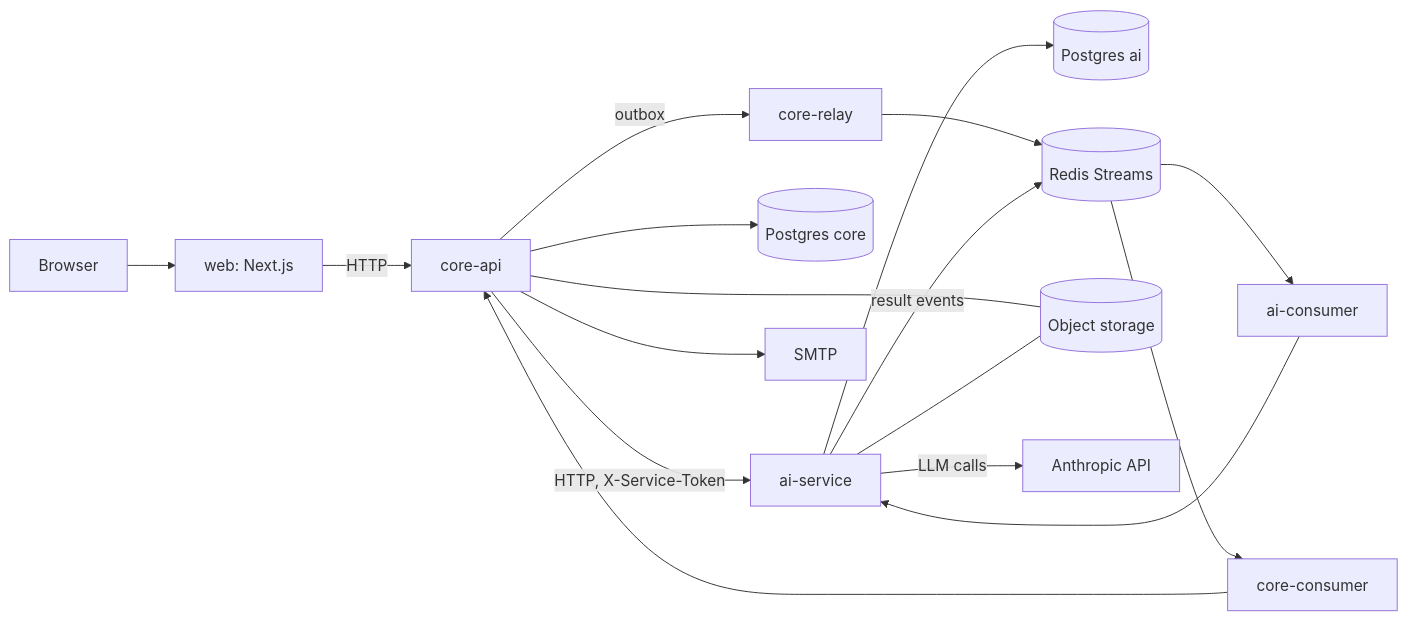
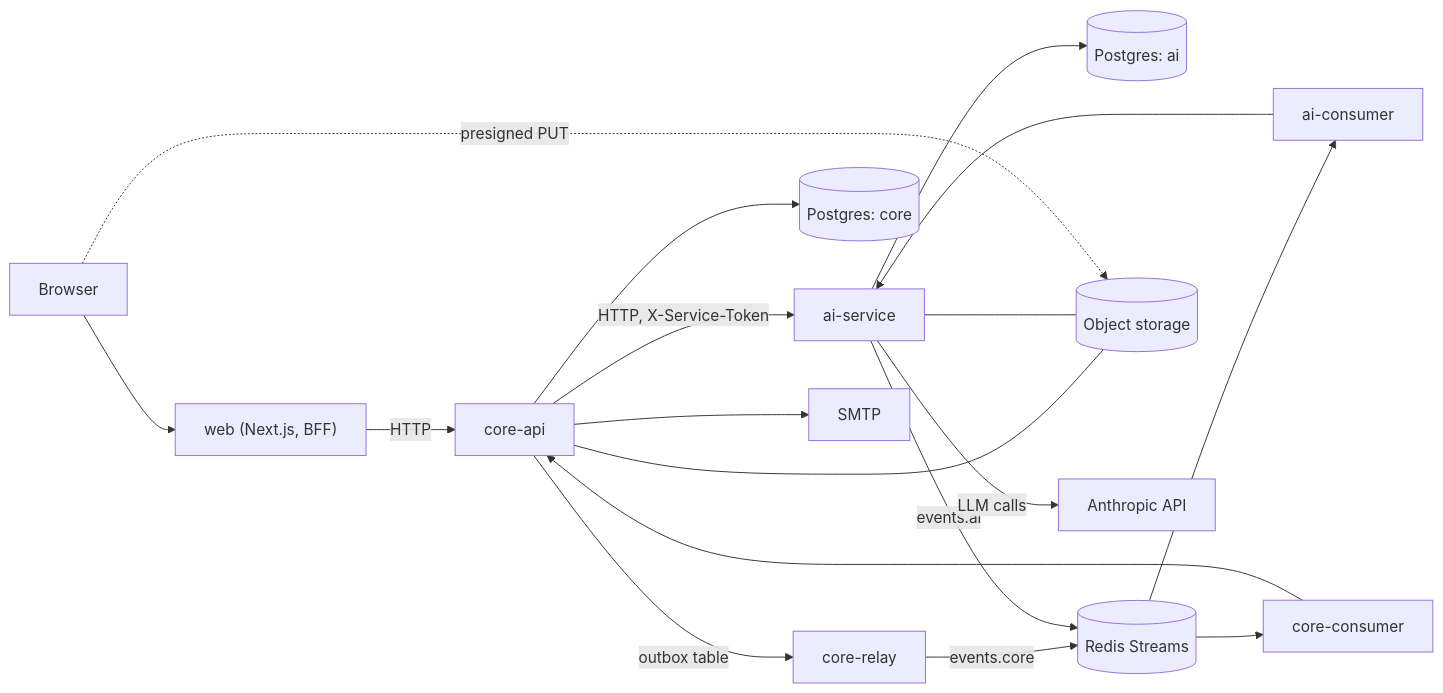
The first of 2 diagrams in documentation/ARCHITECTURE.md (Nha-Cong-Dong/Essity), drawn with Mermaid before and after one commit. The commit also changed other lines of this file and 6 other files, not shown here.

````diff
--- a/documentation/ARCHITECTURE.md
+++ b/documentation/ARCHITECTURE.md
@@ -30,19 +15,20 @@
 ```mermaid
 flowchart LR
-  Browser --> Web[web: Next.js]
+  Browser --> Web["web (Next.js, BFF)"]
   Web -->|HTTP| Core[core-api]
-  Core -->|HTTP, X-Service-Token| AI[ai-service]
-  Core --> PGc[(Postgres core)]
-  AI --> PGa[(Postgres ai)]
-  Core -->|outbox| Relay[core-relay]
-  Relay --> Redis[(Redis Streams)]
+  Core -->|"HTTP, X-Service-Token"| AI[ai-service]
+  Core --> PGc[(Postgres: core)]
+  AI --> PGa[(Postgres: ai)]
+  Core -->|outbox table| Relay[core-relay]
+  Relay -->|events.core| Redis[(Redis Streams)]
   Redis --> AIC[ai-consumer]
   AIC --> AI
-  AI -->|result events| Redis
+  AI -->|events.ai| Redis
   Redis --> CoreC[core-consumer]
   CoreC --> Core
   Core --- S3[(Object storage)]
   AI --- S3
-  AI -->|LLM calls| Provider[Anthropic API]
-  Core --> Mail[SMTP]
+  Browser -.->|presigned PUT| S3
+  AI -->|LLM calls| Anthropic[Anthropic API]
+  Core --> SMTP[SMTP]
 ```
````
